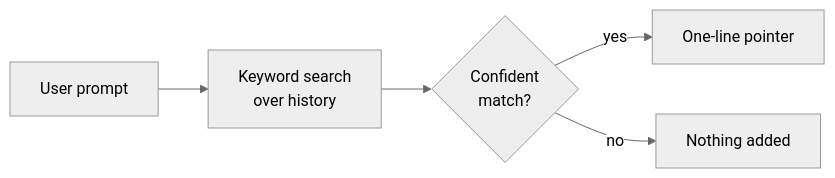
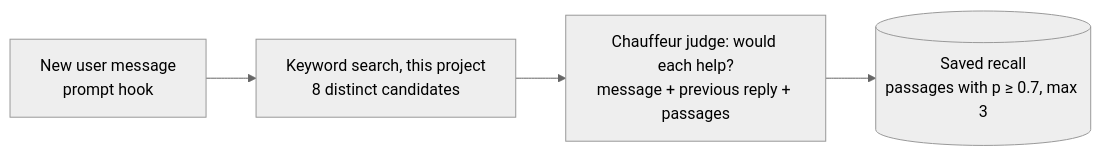
The first of 2 diagrams in PLAN.md (StevenJPx2/opencode-history), drawn with Mermaid (neutral theme) before and after one commit. The commit also changed other lines of this file, not shown here.

First line of the commit message:
docs(plan): plan per-turn recall decided by Chauffeur's judge

````diff
--- a/PLAN.md
+++ b/PLAN.md
@@ -17,7 +16,6 @@
 ```mermaid
 flowchart LR
-    Prompt["User prompt"] --> Search["Keyword search<br/>over history"]
-    Search --> Gate{"Confident<br/>match?"}
-    Gate -->|yes| Pointer["One-line pointer"]
-    Gate -->|no| Nothing["Nothing added"]
+    Msg["New user message<br/>prompt hook"] --> Search["Keyword search, this project<br/>8 distinct candidates"]
+    Search --> Judge["Chauffeur judge: would each help?<br/>message + previous reply + passages"]
+    Judge --> Store[("Saved recall<br/>passages with p ≥ 0.7, max 3")]
 ```
````
